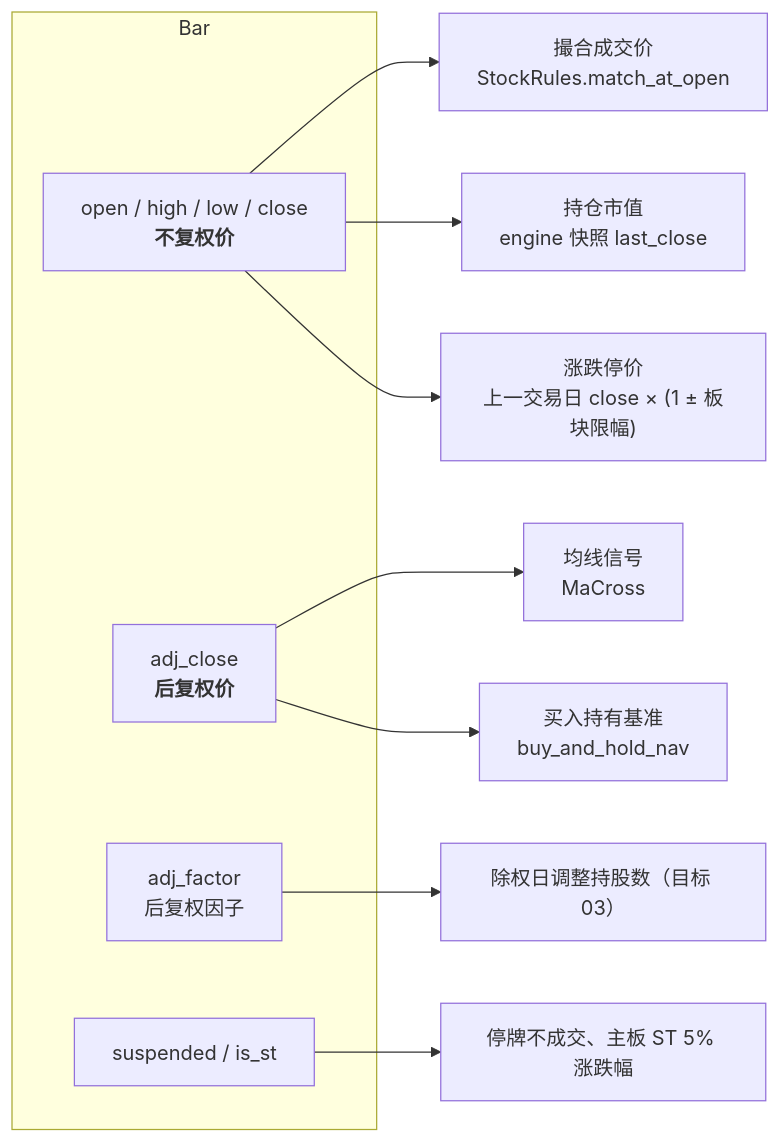
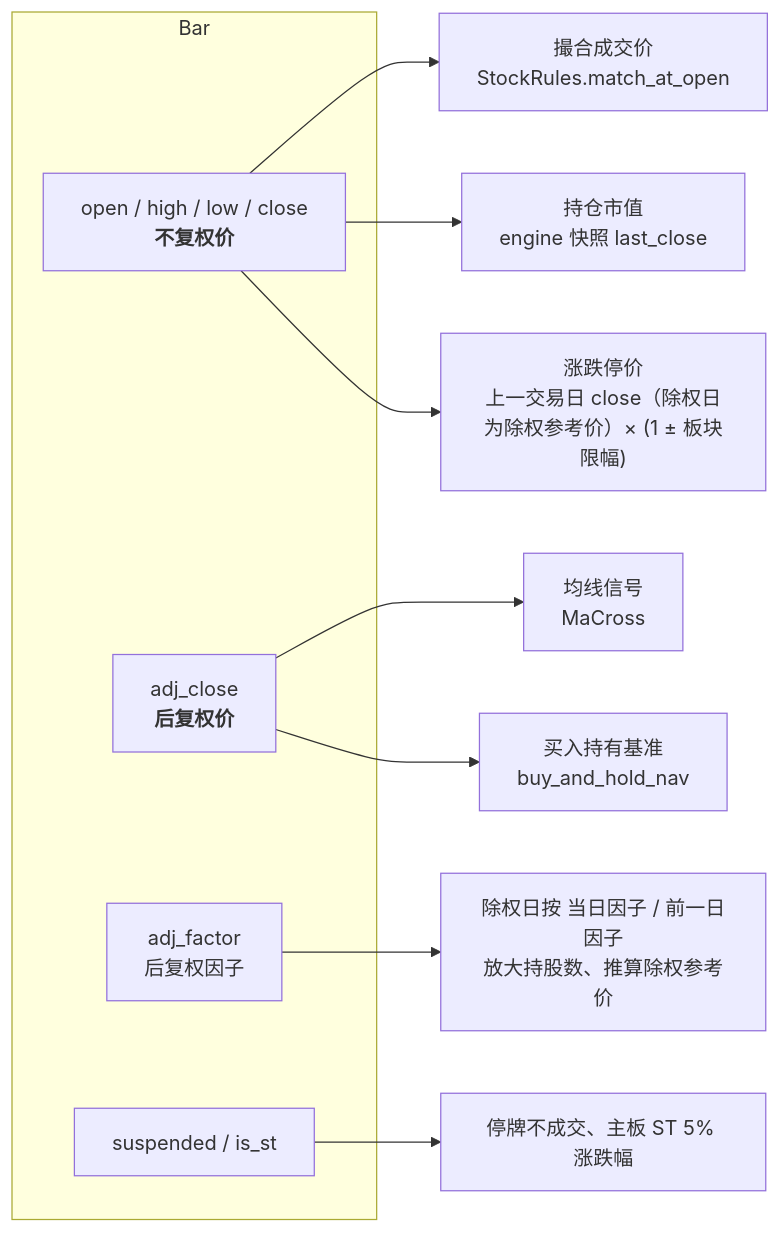
One commit to guevara12345/quant changed the ninth of 23 diagrams in docs/code-walkthrough.md. Above: the diagram before and after it, drawn with Mermaid. The commit also changed other lines of this file and 11 other files, not shown here.

````diff
--- a/docs/code-walkthrough.md
+++ b/docs/code-walkthrough.md
@@ -440,16 +448,16 @@
 ```mermaid
 flowchart LR
     subgraph Bar
         U["open / high / low / close<br/><b>不复权价</b>"]
         A["adj_close<br/><b>后复权价</b>"]
         F["adj_factor<br/>后复权因子"]
         X["suspended / is_st"]
     end
     U --> M1["撮合成交价<br/>StockRules.match_at_open"]
     U --> M2["持仓市值<br/>engine 快照 last_close"]
-    U --> M3["涨跌停价<br/>上一交易日 close × (1 ± 板块限幅)"]
+    U --> M3["涨跌停价<br/>上一交易日 close（除权日为除权参考价）× (1 ± 板块限幅)"]
     A --> S1["均线信号<br/>MaCross"]
     A --> S2["买入持有基准<br/>buy_and_hold_nav"]
-    F --> T1["除权日调整持股数（目标 03）"]
+    F --> T1["除权日按 当日因子 / 前一日因子<br/>放大持股数、推算除权参考价"]
     X --> T2["停牌不成交、主板 ST 5% 涨跌幅"]
 ```
````
